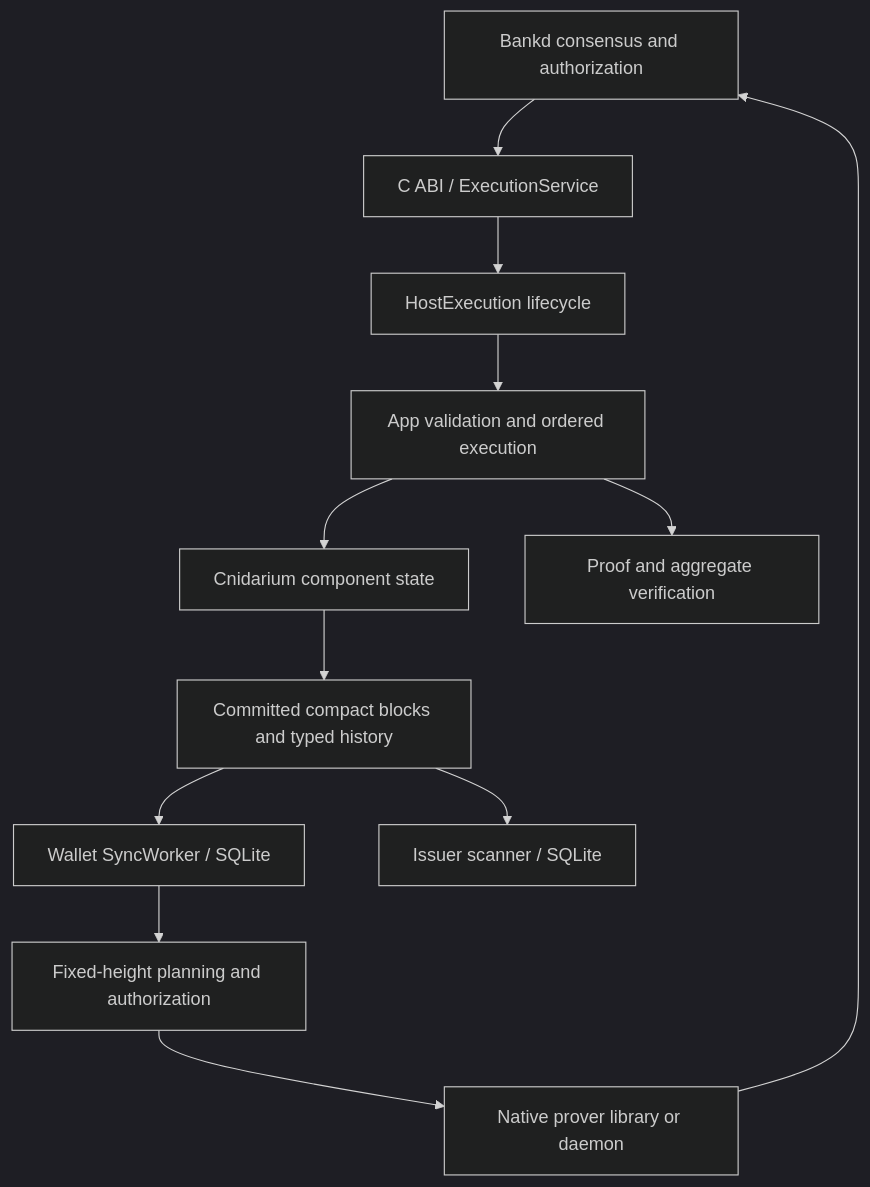
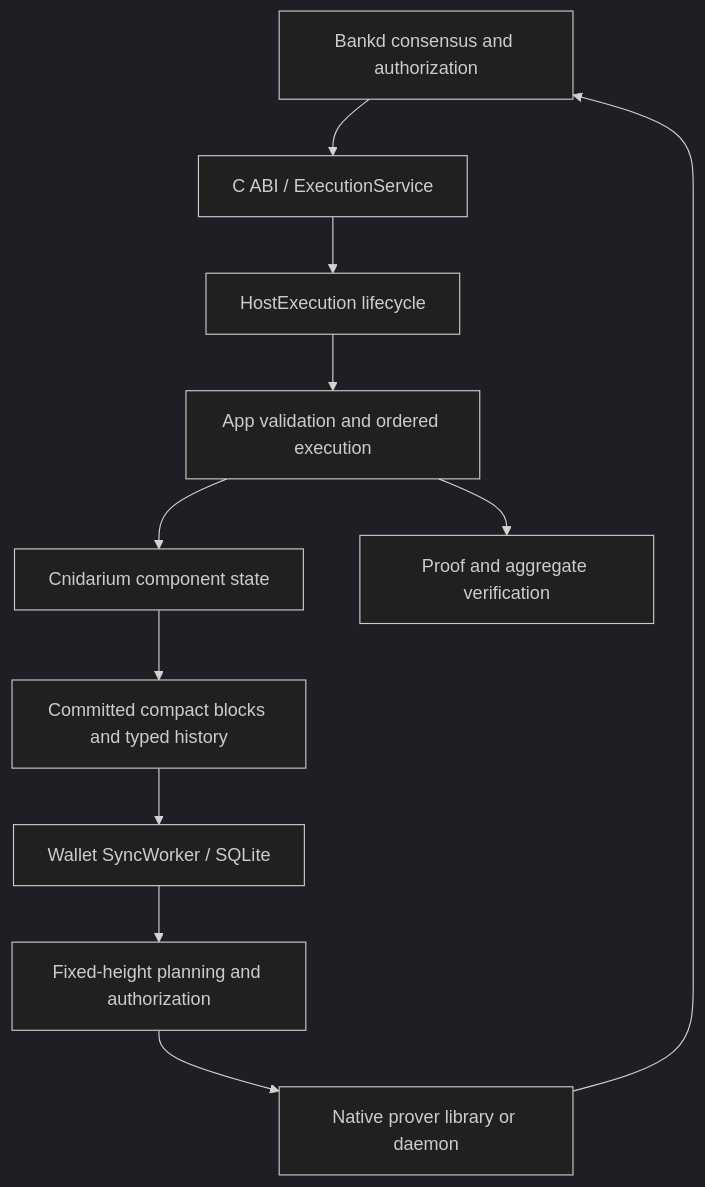
Before and after one commit to mizufinance/shieldd: the diagram in docs/architecture.md, drawn with Mermaid (dark theme). The commit also changed other lines of this file and 20 other files, not shown here.

Commit message:
Remove unused native issuer scanner and SQLite audit pipeline

````diff
--- a/docs/architecture.md
+++ b/docs/architecture.md
@@ -3,14 +3,13 @@
 ```mermaid
 flowchart TD
     Bankd[Bankd consensus and authorization] --> ABI[C ABI / ExecutionService]
     ABI --> Host[HostExecution lifecycle]
     Host --> App[App validation and ordered execution]
     App --> State[Cnidarium component state]
     App --> Proofs[Proof and aggregate verification]
     State --> Blocks[Committed compact blocks and typed history]
     Blocks --> Wallet[Wallet SyncWorker / SQLite]
-    Blocks --> Scanner[Issuer scanner / SQLite]
     Wallet --> Plan[Fixed-height planning and authorization]
     Plan --> Prover[Native prover library or daemon]
     Prover --> Bankd
 ```
````
